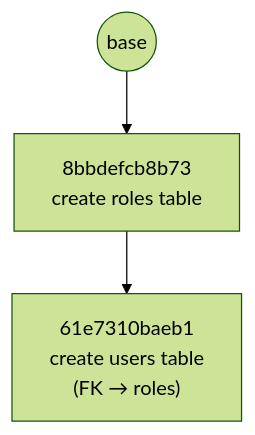
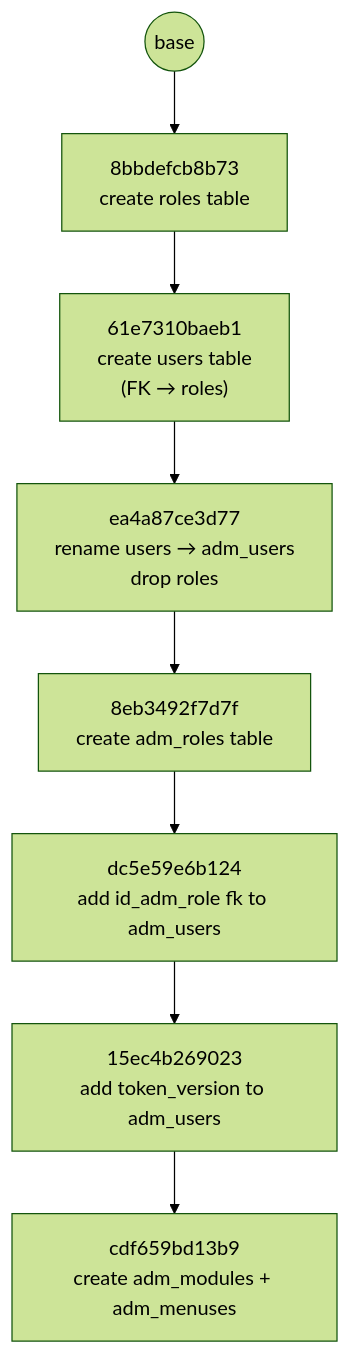
One commit to MarvinMosiCoder/vram-py changed the diagram in docs/MIGRATIONS.md. Above: the diagram before and after it, drawn with Mermaid (forest theme). The commit also changed other lines of this file and 31 other files, not shown here.

````diff
--- a/docs/MIGRATIONS.md
+++ b/docs/MIGRATIONS.md
@@ -120,5 +115,10 @@
 ```mermaid
 flowchart TD
     base(("base")) --> R["8bbdefcb8b73<br/>create roles table"]
     R --> U["61e7310baeb1<br/>create users table<br/>(FK → roles)"]
+    U --> RU["ea4a87ce3d77<br/>rename users → adm_users<br/>drop roles"]
+    RU --> AR["8eb3492f7d7f<br/>create adm_roles table"]
+    AR --> FK["dc5e59e6b124<br/>add id_adm_role fk to adm_users"]
+    FK --> TV["15ec4b269023<br/>add token_version to adm_users"]
+    TV --> MM["cdf659bd13b9<br/>create adm_modules + adm_menuses"]
 ```
````
